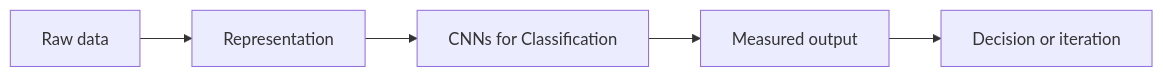
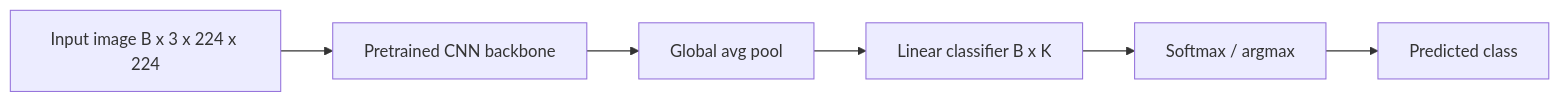
Before and after one commit to Icon1cc/Machine-Learning: the diagram in computer-vision/04-cnns-for-classification.md, drawn with Mermaid. The commit also changed other lines of this file and 264 other files, not shown here.

````diff
--- a/computer-vision/04-cnns-for-classification.md
+++ b/computer-vision/04-cnns-for-classification.md
@@ -92,7 +307,8 @@
 ```mermaid
 flowchart LR
-    A[Raw data] --> B[Representation]
-    B --> C[CNNs for Classification]
-    C --> D[Measured output]
-    D --> E[Decision or iteration]
+    I[Input image B x 3 x 224 x 224] --> B[Pretrained CNN backbone]
+    B --> P[Global avg pool]
+    P --> H[Linear classifier B x K]
+    H --> S[Softmax / argmax]
+    S --> Y[Predicted class]
 ```
````
